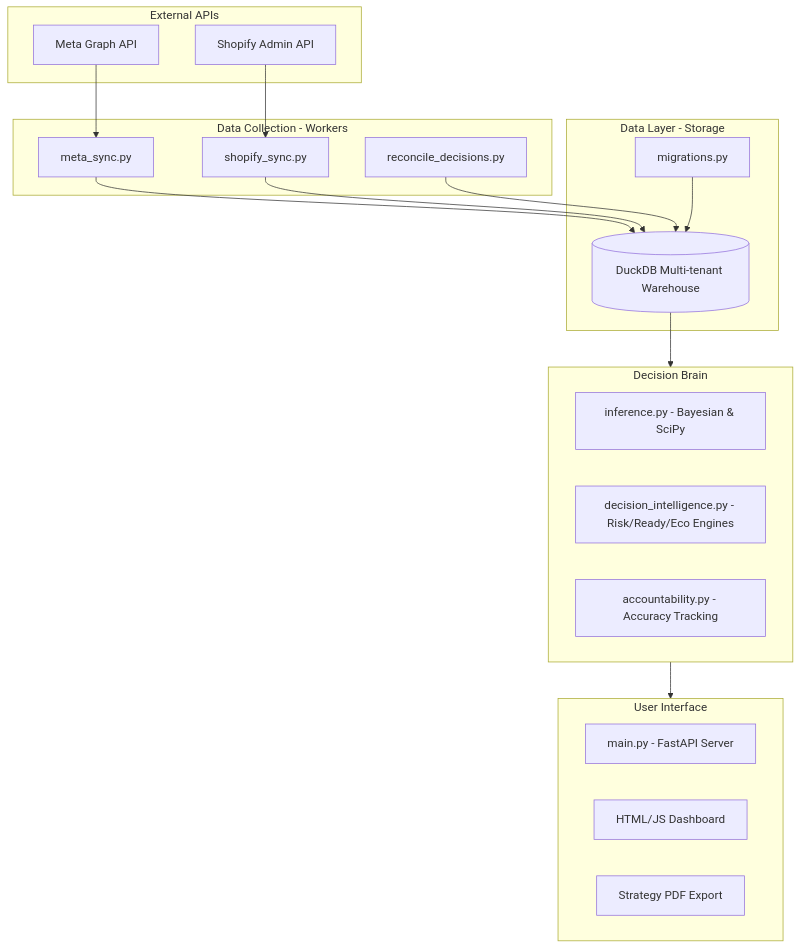
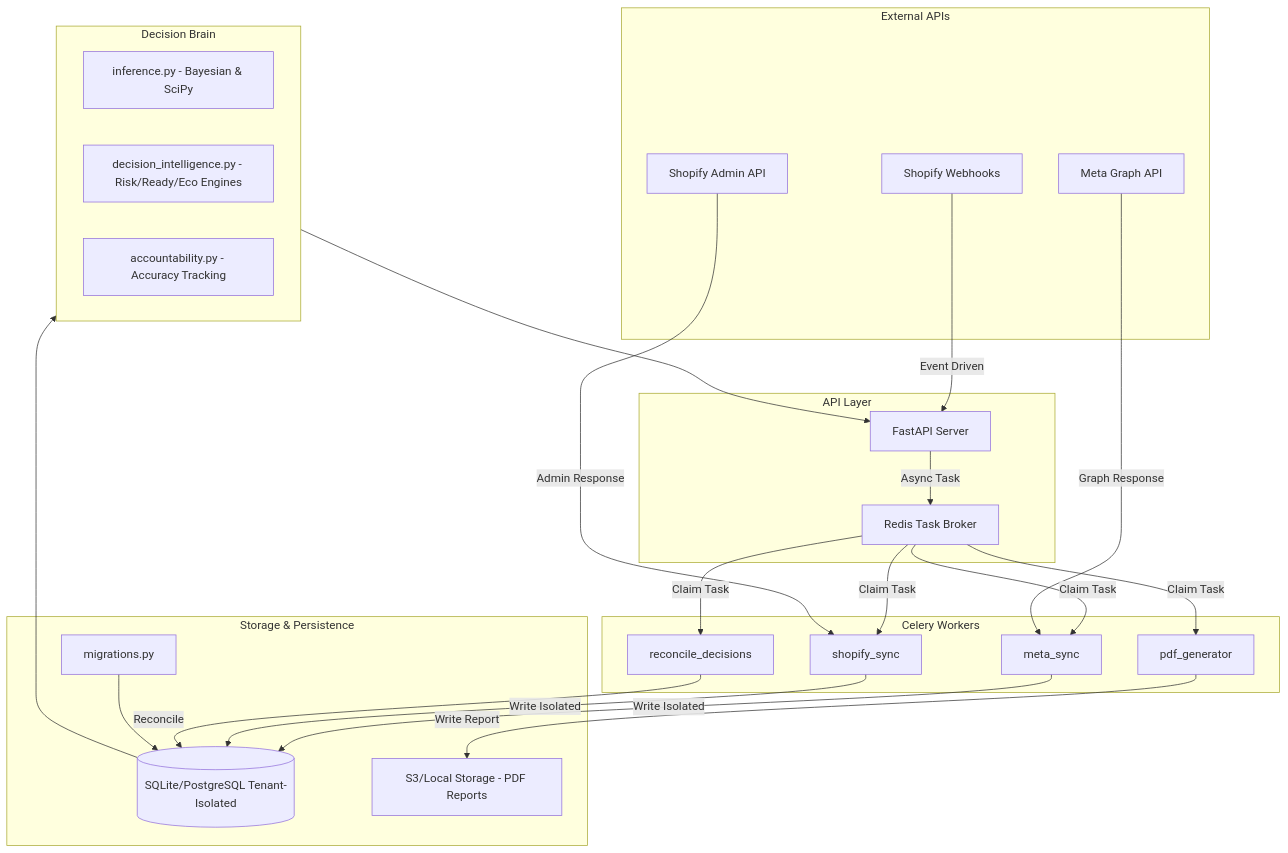
One commit to bi421/true-roas-complete changed the second of 3 diagrams in ARCHITECTURE.md. Above: the diagram before and after it, drawn with Mermaid. The commit also changed other lines of this file and 84 other files, not shown here.

````diff
--- a/ARCHITECTURE.md
+++ b/ARCHITECTURE.md
@@ -9,38 +36,44 @@
 ```mermaid
 graph TD
     subgraph External_APIs [External APIs]
         M[Meta Graph API]
         S[Shopify Admin API]
+        W[Shopify Webhooks]
     end
 
-    subgraph Worker_Layer [Data Collection - Workers]
-        MS[meta_sync.py]
-        SS[shopify_sync.py]
-        RD[reconcile_decisions.py]
+    subgraph API_Interface [API Layer]
+        Main[FastAPI Server]
+        RB[Redis Task Broker]
     end
 
-    subgraph Data_Layer [Data Layer - Storage]
-        DB[(DuckDB Multi-tenant Warehouse)]
+    subgraph Worker_Layer [Celery Workers]
+        MS[meta_sync]
+        SS[shopify_sync]
+        PG[pdf_generator]
+        RD[reconcile_decisions]
+    end
+
+    subgraph Data_Layer [Storage & Persistence]
+        DB[(SQLite/PostgreSQL Tenant-Isolated)]
+        S3[S3/Local Storage - PDF Reports]
         MG[migrations.py]
     end
 
     subgraph Logic_Layer [Decision Brain]
         INF[inference.py - Bayesian & SciPy]
         DI[decision_intelligence.py - Risk/Ready/Eco Engines]
         ACC[accountability.py - Accuracy Tracking]
     end
 
-    subgraph API_Interface [User Interface]
-        Main[main.py - FastAPI Server]
-        Dash[HTML/JS Dashboard]
-        PDF[Strategy PDF Export]
-    end
-
-    M --> MS
-    S --> SS
-    MS & SS --> DB
+    W -- Event Driven --> Main
+    Main -- Async Task --> RB
+    RB -- Claim Task --> MS & SS & PG & RD
+    M -- Graph Response --> MS
+    S -- Admin Response --> SS
+    MS & SS -- Write Isolated --> DB
+    PG -- Write Report --> S3
+    RD -- Reconcile --> DB
     DB --> Logic_Layer
-    Logic_Layer --> API_Interface
-    RD --> DB
+    Logic_Layer --> Main
     MG --> DB
 ```
````
